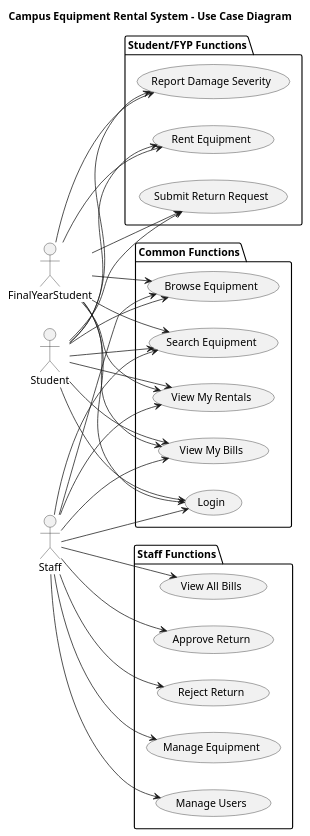
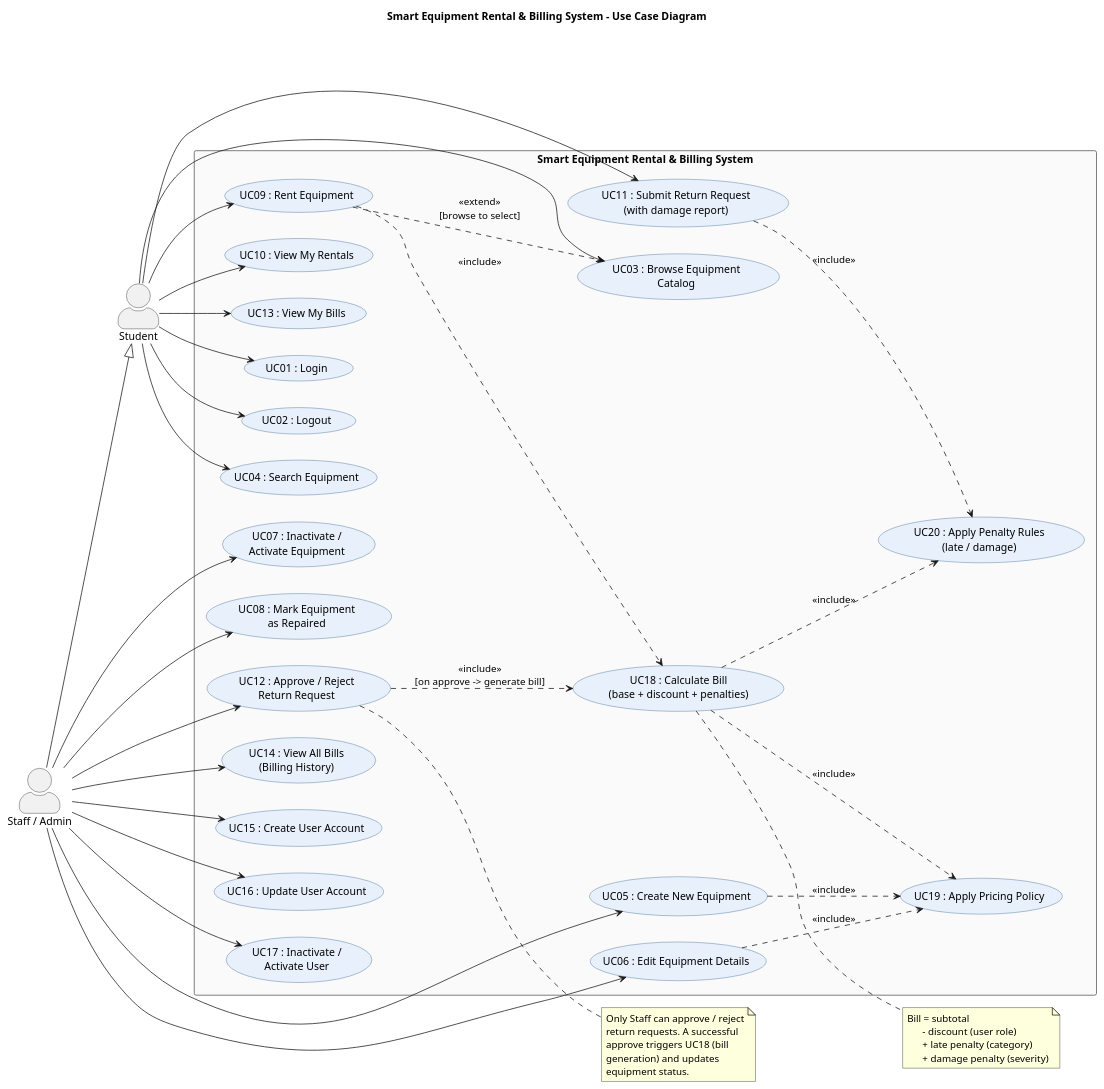
Before and after one commit to rain-0921/EquipmentRental_project: the diagram in docs/usecase.puml, drawn with PlantUML. The commit also changed 9 other files, not shown here.

```diff
--- a/docs/usecase.puml
+++ b/docs/usecase.puml
@@ -1,68 +1,98 @@
-@startuml
-
-title Campus Equipment Rental System - Use Case Diagram
+@startuml usecase
 
 left to right direction
+skinparam packageStyle rectangle
+skinparam actorStyle awesome
+skinparam usecaseBackgroundColor #E8F1FB
+skinparam usecaseBorderColor #2E5C8A
+skinparam rectangleBackgroundColor #FAFAFA
+skinparam rectangleBorderColor #555
 
-actor Student as S
-actor FinalYearStudent as FYP
-actor Staff as ST
+title Smart Equipment Rental & Billing System - Use Case Diagram
 
-package "Common Functions" {
-  usecase "Login" as UC1
-  usecase "Browse Equipment" as UC2
-  usecase "Search Equipment" as UC3
-  usecase "View My Rentals" as UC4
-  usecase "View My Bills" as UC5
+actor "Student" as S
+actor "Staff / Admin" as ST
+
+rectangle "Smart Equipment Rental & Billing System" {
+
+  ' ===== Authentication =====
+  usecase "UC01 : Login" as UC01
+  usecase "UC02 : Logout" as UC02
+
+  ' ===== Equipment Management =====
+  usecase "UC03 : Browse Equipment\nCatalog" as UC03
+  usecase "UC04 : Search Equipment" as UC04
+  usecase "UC05 : Create New Equipment" as UC05
+  usecase "UC06 : Edit Equipment Details" as UC06
+  usecase "UC07 : Inactivate /\nActivate Equipment" as UC07
+  usecase "UC08 : Mark Equipment\nas Repaired" as UC08
+
+  ' ===== Rental Management =====
+  usecase "UC09 : Rent Equipment" as UC09
+  usecase "UC10 : View My Rentals" as UC10
+  usecase "UC11 : Submit Return Request\n(with damage report)" as UC11
+  usecase "UC12 : Approve / Reject\nReturn Request" as UC12
+
+  ' ===== Billing =====
+  usecase "UC13 : View My Bills" as UC13
+  usecase "UC14 : View All Bills\n(Billing History)" as UC14
+
+  ' ===== User Administration =====
+  usecase "UC15 : Create User Account" as UC15
+  usecase "UC16 : Update User Account" as UC16
+  usecase "UC17 : Inactivate /\nActivate User" as UC17
+
+  ' ===== Cross-cutting =====
+  usecase "UC18 : Calculate Bill\n(base + discount + penalties)" as UC18
+  usecase "UC19 : Apply Pricing Policy" as UC19
+  usecase "UC20 : Apply Penalty Rules\n(late / damage)" as UC20
 }
 
-package "Student/FYP Functions" {
-  usecase "Rent Equipment" as UC6
-  usecase "Submit Return Request" as UC7
-  usecase "Report Damage Severity" as UC8
-}
+' ===== Student associations =====
+S --> UC01
+S --> UC02
+S --> UC03
+S --> UC04
+S --> UC09
+S --> UC10
+S --> UC11
+S --> UC13
 
-package "Staff Functions" {
-  usecase "Approve Return" as UC9
-  usecase "Reject Return" as UC10
-  usecase "Manage Equipment" as UC11
-  usecase "Manage Users" as UC12
-  usecase "View All Bills" as UC13
-}
+' ===== Staff associations (Staff inherits Student privileges + admin tasks) =====
+ST --|> S
+ST --> UC05
+ST --> UC06
+ST --> UC07
+ST --> UC08
+ST --> UC12
+ST --> UC14
+ST --> UC15
+ST --> UC16
+ST --> UC17
 
-S --> UC1
-FYP --> UC1
-ST --> UC1
+' ===== Use-case relationships (include / extend) =====
+UC09 ..> UC03 : <<extend>>\n[browse to select]
+UC09 ..> UC18 : <<include>>
+UC11 ..> UC20 : <<include>>
+UC12 ..> UC18 : <<include>>\n[on approve -> generate bill]
+UC05 ..> UC19 : <<include>>
+UC06 ..> UC19 : <<include>>
+UC18 ..> UC19 : <<include>>
+UC18 ..> UC20 : <<include>>
 
-S --> UC2
-FYP --> UC2
-ST --> UC2
+note right of UC12
+  Only Staff can approve / reject
+  return requests. A successful
+  approve triggers UC18 (bill
+  generation) and updates
+  equipment status.
+end note
 
-S --> UC3
-FYP --> UC3
-ST --> UC3
-
-S --> UC4
-FYP --> UC4
-ST --> UC4
-
-S --> UC5
-FYP --> UC5
-ST --> UC5
-
-S --> UC6
-FYP --> UC6
-
-S --> UC7
-FYP --> UC7
-
-S --> UC8
-FYP --> UC8
-
-ST --> UC9
-ST --> UC10
-ST --> UC11
-ST --> UC12
-ST --> UC13
+note right of UC18
+  Bill = subtotal
+        - discount (user role)
+        + late penalty (category)
+        + damage penalty (severity)
+end note
 
 @enduml
```
